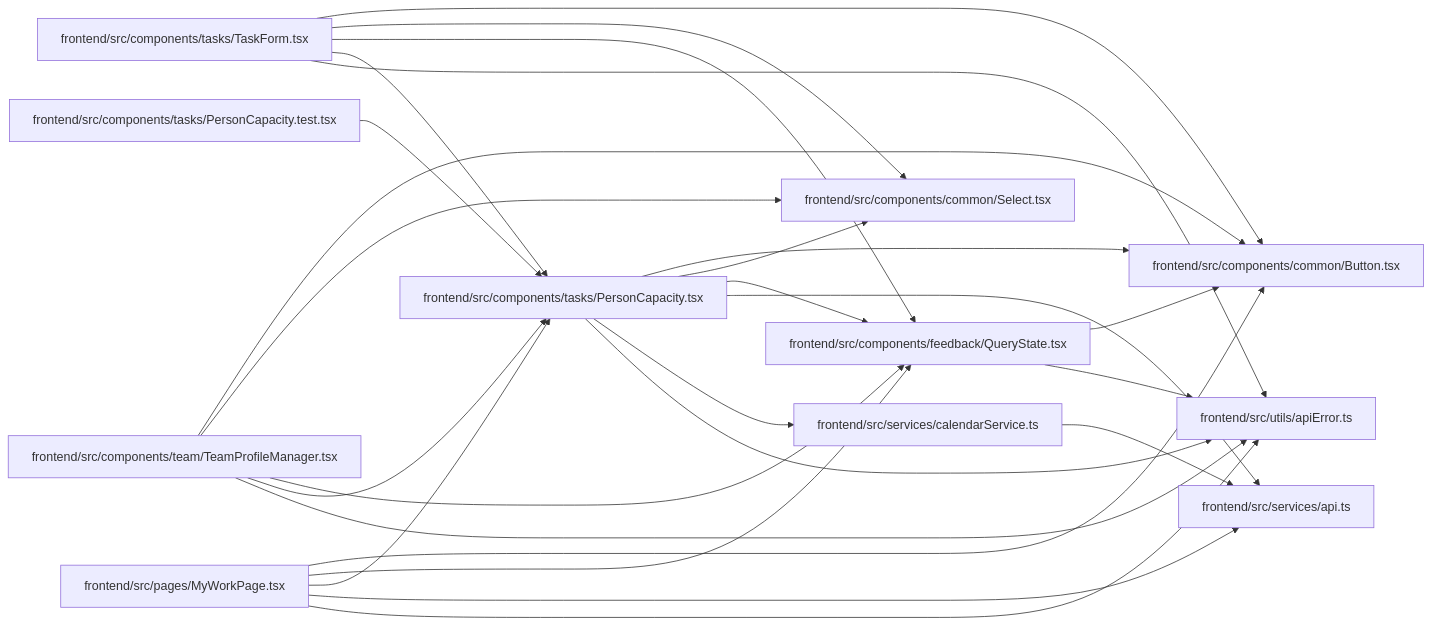
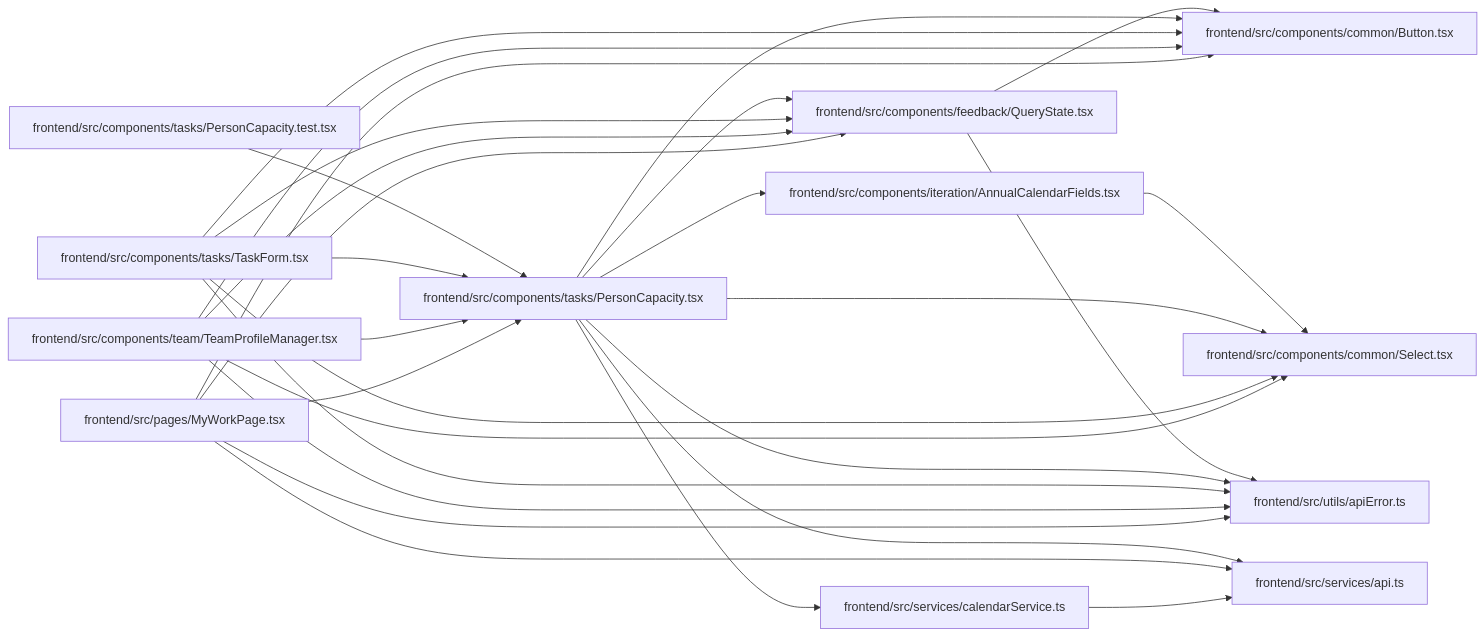
One commit to Denissvgn/WorkChord changed the diagram in docs/llm_wiki/modules/PersonCapacity.md. Above: the diagram before and after it, drawn with Mermaid. The commit also changed other lines of this file and 920 other files, not shown here.

````diff
--- a/docs/llm_wiki/modules/PersonCapacity.md
+++ b/docs/llm_wiki/modules/PersonCapacity.md
@@ -34,50 +37,54 @@
 ```mermaid
 flowchart LR
     n0["frontend/src/components/common/Button.tsx"]
     n1["frontend/src/components/common/Select.tsx"]
     n2["frontend/src/components/feedback/QueryState.tsx"]
-    n3["frontend/src/components/tasks/PersonCapacity.test.tsx"]
-    n4["frontend/src/components/tasks/PersonCapacity.tsx"]
-    n5["frontend/src/components/tasks/TaskForm.tsx"]
-    n6["frontend/src/components/team/TeamProfileManager.tsx"]
-    n7["frontend/src/pages/MyWorkPage.tsx"]
-    n8["frontend/src/services/api.ts"]
-    n9["frontend/src/services/calendarService.ts"]
-    n10["frontend/src/utils/apiError.ts"]
+    n3["frontend/src/components/iteration/AnnualCalendarFields.tsx"]
+    n4["frontend/src/components/tasks/PersonCapacity.test.tsx"]
+    n5["frontend/src/components/tasks/PersonCapacity.tsx"]
+    n6["frontend/src/components/tasks/TaskForm.tsx"]
+    n7["frontend/src/components/team/TeamProfileManager.tsx"]
+    n8["frontend/src/pages/MyWorkPage.tsx"]
+    n9["frontend/src/services/api.ts"]
+    n10["frontend/src/services/calendarService.ts"]
+    n11["frontend/src/utils/apiError.ts"]
     n2 --> n0
-    n2 --> n10
-    n3 --> n4
-    n4 --> n0
-    n4 --> n1
-    n4 --> n2
-    n4 --> n8
-    n4 --> n9
-    n4 --> n10
+    n2 --> n11
+    n3 --> n1
+    n4 --> n5
     n5 --> n0
     n5 --> n1
     n5 --> n2
-    n5 --> n4
+    n5 --> n3
+    n5 --> n9
     n5 --> n10
+    n5 --> n11
     n6 --> n0
     n6 --> n1
     n6 --> n2
-    n6 --> n4
-    n6 --> n10
+    n6 --> n5
+    n6 --> n11
     n7 --> n0
+    n7 --> n1
     n7 --> n2
-    n7 --> n4
-    n7 --> n8
-    n7 --> n10
-    n9 --> n8
+    n7 --> n5
+    n7 --> n11
+    n8 --> n0
+    n8 --> n2
+    n8 --> n5
+    n8 --> n9
+    n8 --> n11
+    n10 --> n9
     click n0 "../modules/Button.md"
     click n1 "../modules/Select.md"
     click n2 "../modules/QueryState.md"
-    click n3 "../modules/PersonCapacity.test.md"
-    click n4 "../modules/PersonCapacity.md"
-    click n5 "../modules/TaskForm.md"
-    click n6 "../modules/TeamProfileManager.md"
-    click n7 "../modules/MyWorkPage.md"
-    click n8 "../modules/api.md"
-    click n9 "../modules/calendarService.md"
-    click n10 "../modules/apiError.md"
+    click n3 "../modules/AnnualCalendarFields.md"
+    click n4 "../modules/PersonCapacity.test.md"
+    click n5 "../modules/PersonCapacity.md"
+    click n6 "../modules/TaskForm.md"
+    click n7 "../modules/TeamProfileManager.md"
+    click n8 "../modules/MyWorkPage.md"
+    click n9 "../modules/api.md"
+    click n10 "../modules/calendarService.md"
+    click n11 "../modules/apiError.md"
 ```
````
